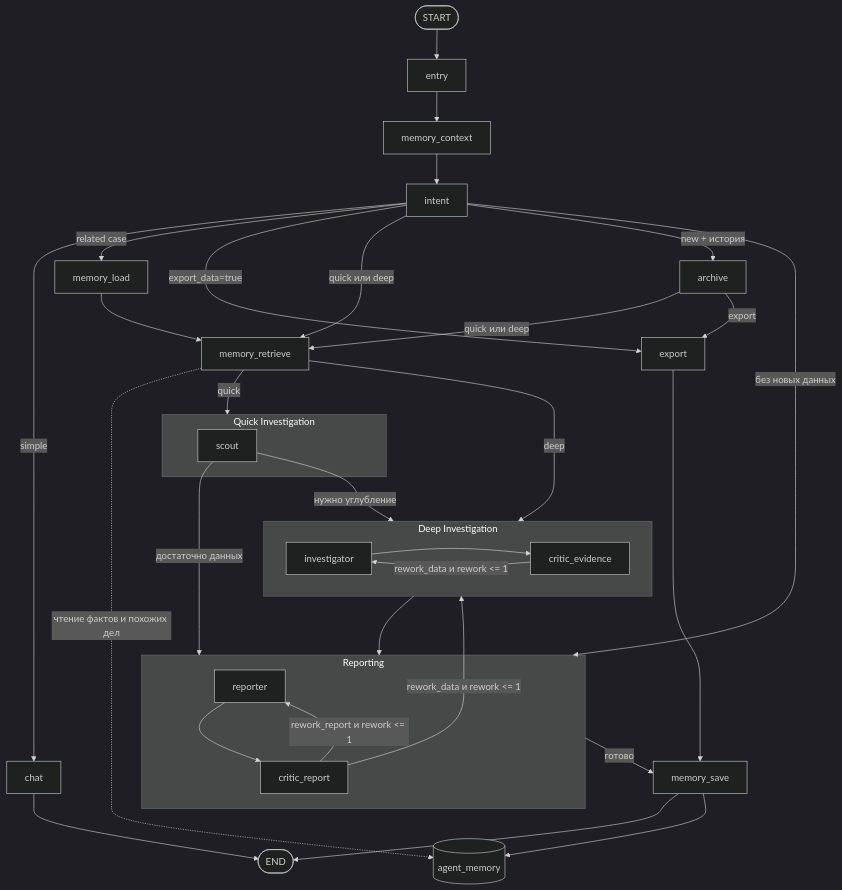
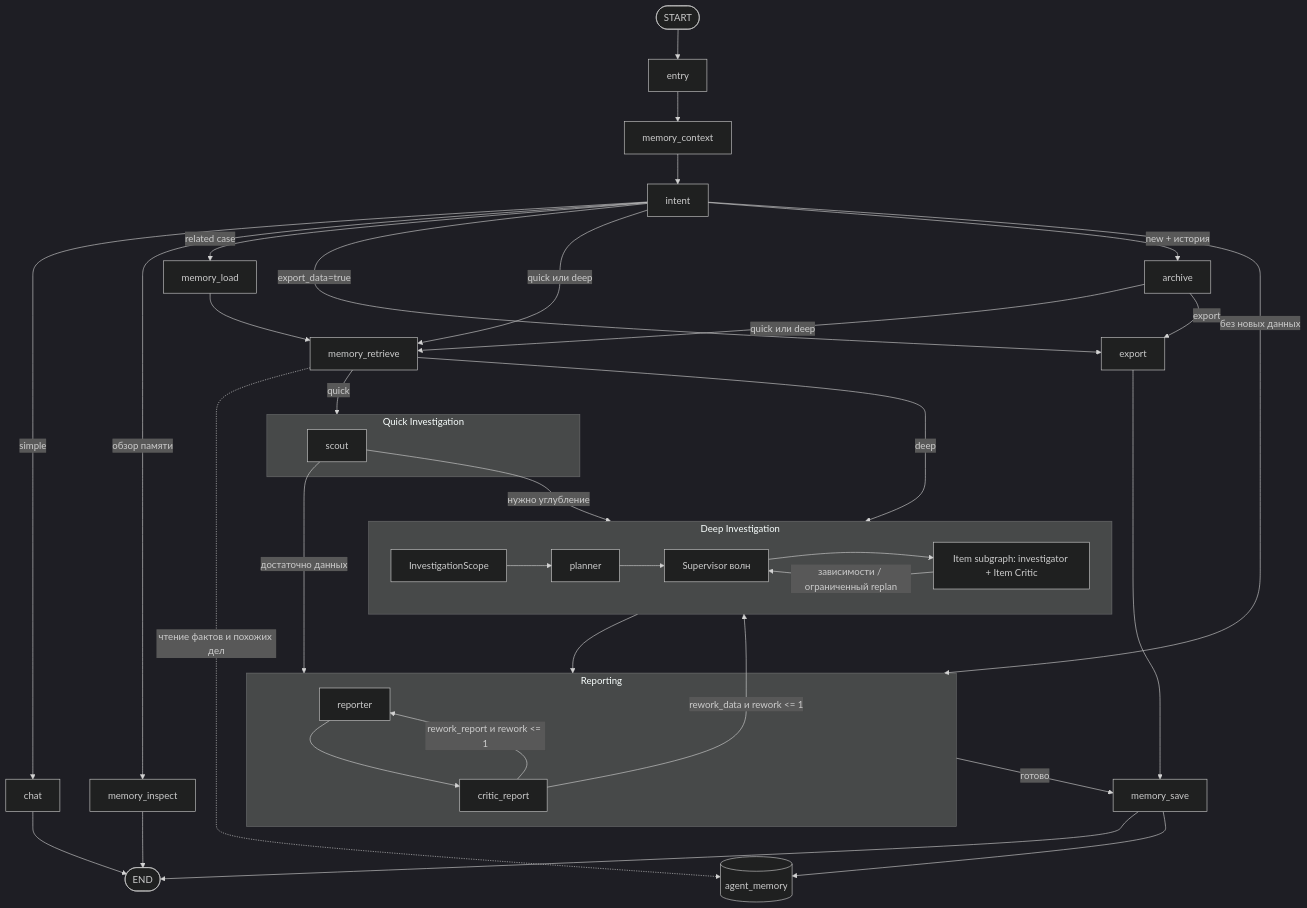
Before and after one commit to antonbezkrovnyy/agent: the second of 4 diagrams in docs/DEV.md, drawn with Mermaid (dark theme). The commit also changed other lines of this file and 91 other files, not shown here.

````diff
--- a/docs/DEV.md
+++ b/docs/DEV.md
@@ -107,35 +112,38 @@
 ```mermaid
 flowchart TD
     START([START]) --> entry --> memory_context --> intent
     intent -->|simple| chat --> END([END])
+    intent -->|обзор памяти| memory_inspect --> END
     intent -->|related case| memory_load --> memory_retrieve
     intent -->|export_data=true| export --> memory_save
     intent -->|quick или deep| memory_retrieve
     intent -->|без новых данных| reporting
     intent -->|new + история| archive
     archive -->|quick или deep| memory_retrieve
     archive -->|export| export
     memory_retrieve -->|quick| quick
     memory_retrieve -->|deep| deep
 
     subgraph quick[Quick Investigation]
       scout
     end
     scout -->|достаточно данных| reporting
     scout -->|нужно углубление| deep
 
     subgraph deep[Deep Investigation]
-      investigator --> critic_evidence
-      critic_evidence -->|rework_data и rework <= 1| investigator
+      scope[InvestigationScope] --> planner
+      planner --> waves[Supervisor волн]
+      waves --> item[Item subgraph: investigator + Item Critic]
+      item -->|зависимости / ограниченный replan| waves
     end
     deep --> reporting
 
     subgraph reporting[Reporting]
       reporter --> critic_report
       critic_report -->|rework_report и rework <= 1| reporter
     end
     critic_report -->|rework_data и rework <= 1| deep
     reporting -->|готово| memory_save --> END
     memory_retrieve -. чтение фактов и похожих дел .-> DB[(agent_memory)]
     memory_save --> DB
 ```
````
